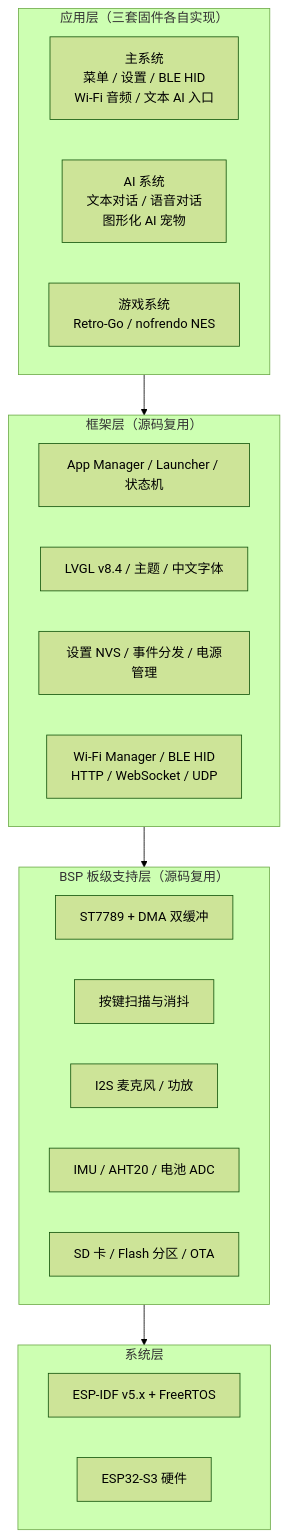
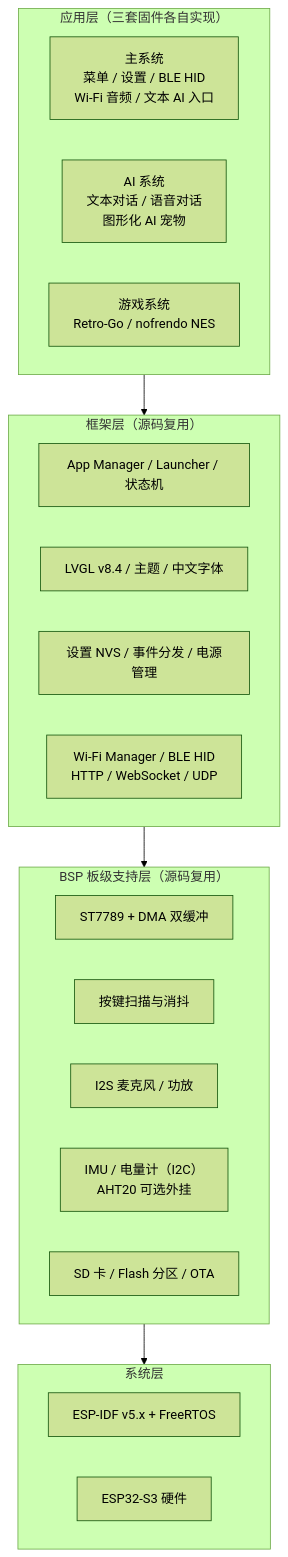
The second of 3 diagrams in docs/01-系统框图.md (WPxyz-moon/ESP32HandledConsole), drawn with Mermaid (forest theme) before and after one commit. The commit also changed other lines of this file and 25 other files, not shown here.

````diff
--- a/docs/01-系统框图.md
+++ b/docs/01-系统框图.md
@@ -101,32 +108,32 @@
 ```mermaid
 flowchart TB
     subgraph APP["应用层（三套固件各自实现）"]
         M["主系统<br/>菜单 / 设置 / BLE HID<br/>Wi-Fi 音频 / 文本 AI 入口"]
         A["AI 系统<br/>文本对话 / 语音对话<br/>图形化 AI 宠物"]
         G["游戏系统<br/>Retro-Go / nofrendo NES"]
     end
 
     subgraph FRAME["框架层（源码复用）"]
         AM["App Manager / Launcher / 状态机"]
         UI["LVGL v8.4 / 主题 / 中文字体"]
         SVC["设置 NVS / 事件分发 / 电源管理"]
         NET["Wi-Fi Manager / BLE HID<br/>HTTP / WebSocket / UDP"]
     end
 
     subgraph BSP["BSP 板级支持层（源码复用）"]
         LCDD["ST7789 + DMA 双缓冲"]
         KEYD["按键扫描与消抖"]
         AUDD["I2S 麦克风 / 功放"]
-        SENS["IMU / AHT20 / 电池 ADC"]
+        SENS["IMU / 电量计（I2C）<br/>AHT20 可选外挂"]
         STOD["SD 卡 / Flash 分区 / OTA"]
     end
 
     subgraph SYS["系统层"]
         IDF["ESP-IDF v5.x + FreeRTOS"]
         HW["ESP32-S3 硬件"]
     end
 
     APP --> FRAME
     FRAME --> BSP
     BSP --> SYS
 ```
````
